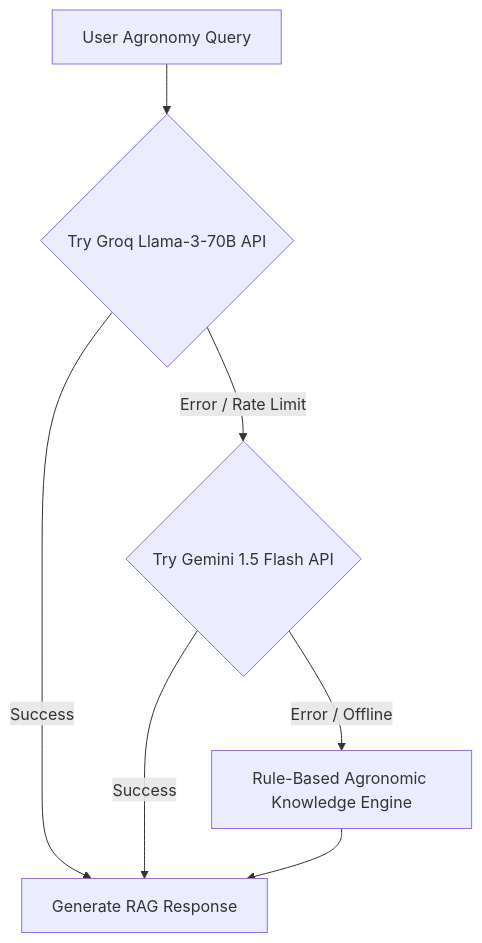
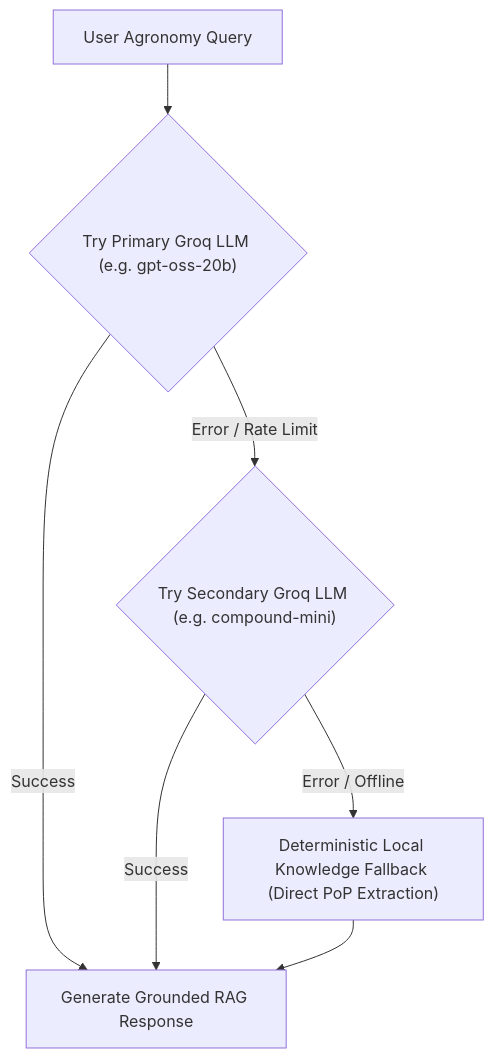
One commit to arpanpramanik2003/JalDrishti-AI changed the diagram in docs/01_jalsathi_ai.md. Above: the diagram before and after it, drawn with Mermaid. The commit also changed other lines of this file and 13 other files, not shown here.

Commit message:
feat: implement ChromaDB-backed RAG retrieval pipeline and remove all Gemini dependencies.

````diff
--- a/docs/01_jalsathi_ai.md
+++ b/docs/01_jalsathi_ai.md
@@ -32,9 +32,9 @@
 ```mermaid
 graph TD
-    A["User Agronomy Query"] --> B{"Try Groq Llama-3-70B API"}
-    B -- Success --> C["Generate RAG Response"]
-    B -- Error / Rate Limit --> D{"Try Gemini 1.5 Flash API"}
+    A["User Agronomy Query"] --> B{"Try Primary Groq LLM (e.g. gpt-oss-20b)"}
+    B -- Success --> C["Generate Grounded RAG Response"]
+    B -- Error / Rate Limit --> D{"Try Secondary Groq LLM (e.g. compound-mini)"}
     D -- Success --> C
-    D -- Error / Offline --> E["Rule-Based Agronomic Knowledge Engine"]
+    D -- Error / Offline --> E["Deterministic Local Knowledge Fallback (Direct PoP Extraction)"]
     E --> C
 ```
````
